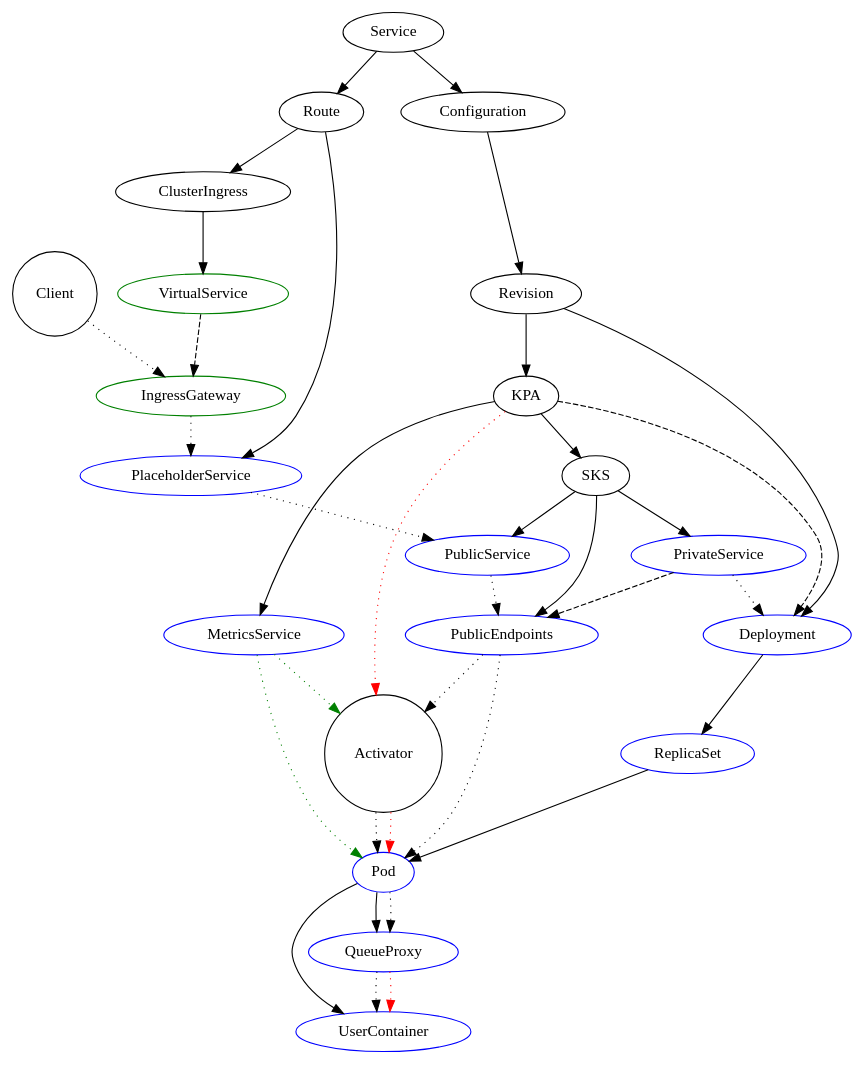
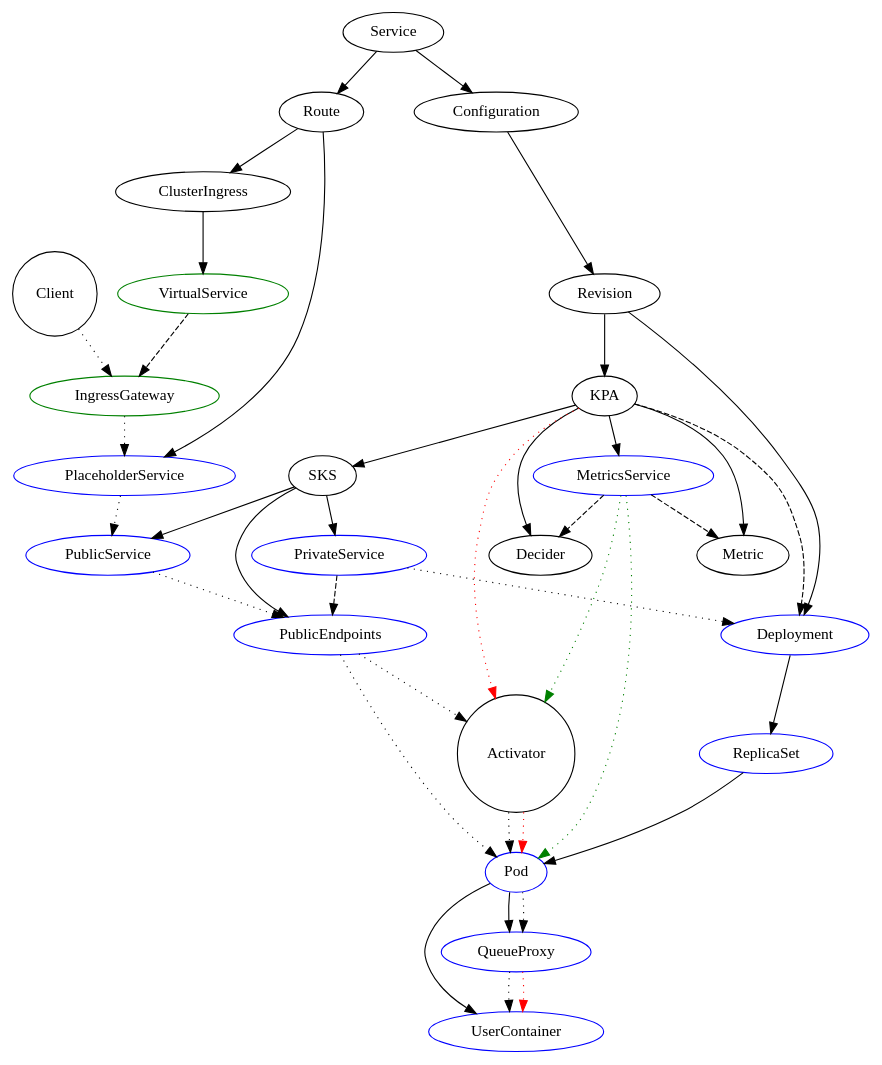
Before and after one commit to jonjohnsonjr/graphviz: the diagram in src/traffic.dot, drawn with Graphviz. The commit also changed 3 other files, not shown here.

```diff
--- a/src/traffic.dot
+++ b/src/traffic.dot
@@ -1,77 +1,83 @@
 digraph TrafficGraph {
   Service -> Configuration
   Service -> Route
 
   Revision -> Deployment
   Revision -> KPA
 
   KPA -> SKS
   KPA -> MetricsService
   KPA -> Deployment [style=dashed]
+
+  KPA -> Metric
+  KPA -> Decider
+  
+  MetricsService -> Decider [style=dashed]
+  MetricsService -> Metric [style=dashed]
 
   Route -> ClusterIngress
   Route -> PlaceholderService
 
   ClusterIngress -> VirtualService
 
   Configuration -> Revision
 
   SKS -> PublicService
   SKS -> PublicEndpoints
   SKS -> PrivateService
 
   Deployment -> ReplicaSet
 
   ReplicaSet -> Pod
 
   Pod -> UserContainer
   Pod -> QueueProxy
 
   VirtualService -> IngressGateway [style=dashed]
 
   PrivateService -> PublicEndpoints [style=dashed]
 
   // Traffic flow
   Client -> IngressGateway [style=dotted]
   IngressGateway -> PlaceholderService [style=dotted]
   PlaceholderService -> PublicService [style=dotted]
   PublicService -> PublicEndpoints [style=dotted]
   PublicEndpoints -> Pod [style=dotted]
   PublicEndpoints -> Activator [style=dotted]
   Activator -> Pod [style=dotted]
   Pod -> QueueProxy [style=dotted]
   QueueProxy -> UserContainer [style=dotted]
 
   PrivateService -> Deployment [style=dotted]
 
   // Probes
   KPA -> Activator [style=dotted,color=red]
   Activator -> Pod [style=dotted,color=red]
   QueueProxy -> UserContainer [style=dotted,color=red]
 
   // Scrape metrics
   MetricsService -> Pod [style=dotted,color=green]
 
   // Push metrics
   MetricsService  -> Activator [style=dotted,color=green]
 
   // Kubernetes
   Deployment [color=blue]
   ReplicaSet [color=blue]
   Pod [color=blue]
   PublicService [color=blue]
   PublicEndpoints [color=blue]
   PrivateService [color=blue]
   MetricsService [color=blue]
   PlaceholderService [color=blue]
   QueueProxy [color=blue]
   UserContainer [color=blue]
 
   // Istio
   VirtualService [color=green]
   IngressGateway [color=green]
 
   // Singleton
   Activator [shape=circle]
   Client [shape=circle]
 }
```
